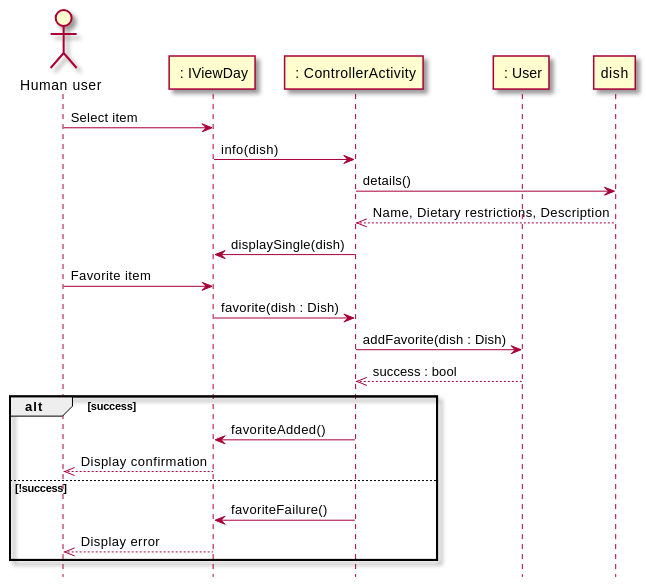
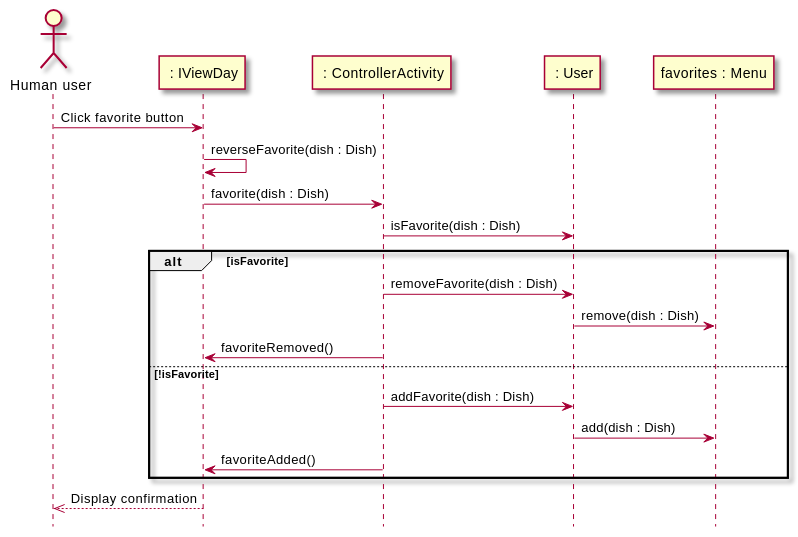
One commit to sashap100/Vassar-Dining-App changed the fifth of 6 diagrams in intellij/doc/design.md. Above: the diagram before and after it, drawn with PlantUML. The commit also changed other lines of this file, not shown here.

Commit message:
Completed all sequence diagrams for current functionality

````diff
--- a/intellij/doc/design.md
+++ b/intellij/doc/design.md
@@ -287,26 +289,27 @@
 ```plantuml
 @startuml
 skin rose
 hide footbox
 actor "Human user" as human
 participant " : IViewDay" as ui
 participant " : ControllerActivity" as controller
 participant " : User" as user
-human -> ui : Select item
-ui -> controller : info(dish)
-controller -> dish : details()
-dish -->> controller : Name, Dietary restrictions, Description
-controller -> ui : displaySingle(dish)
-human -> ui : Favorite item
+participant "favorites : Menu" as favorites
+
+human -> ui : Click favorite button
+ui -> ui : reverseFavorite(dish : Dish)
 ui -> controller : favorite(dish : Dish)
-controller -> user : addFavorite(dish : Dish)
-user -->> controller : success : bool
-alt success
+controller -> user : isFavorite(dish : Dish)
+alt isFavorite
+    controller -> user : removeFavorite(dish : Dish)
+    user -> favorites : remove(dish : Dish)
+    controller -> ui : favoriteRemoved()
+else !isFavorite
+    controller -> user : addFavorite(dish : Dish)
+    user -> favorites : add(dish : Dish)
     controller -> ui : favoriteAdded()
-    ui -->> human : Display confirmation
-else !success
-    controller -> ui : favoriteFailure()
-    ui -->> human : Display error
 end
+ui -->> human : Display confirmation
+
 @enduml
 ```
````
